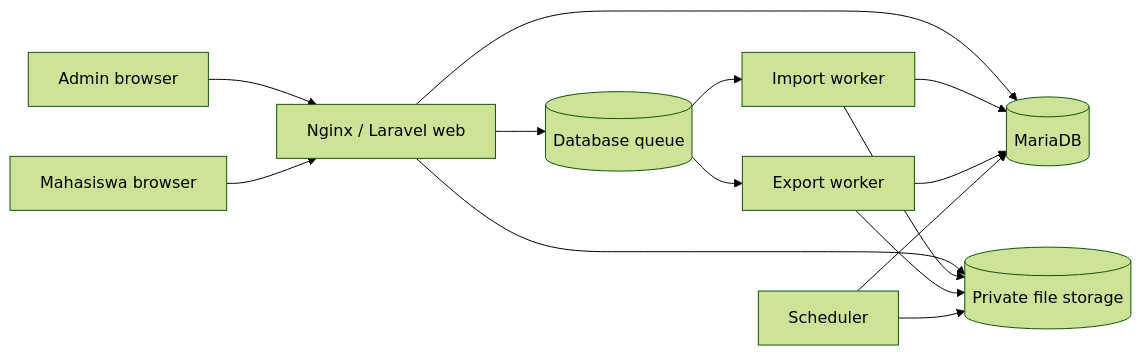
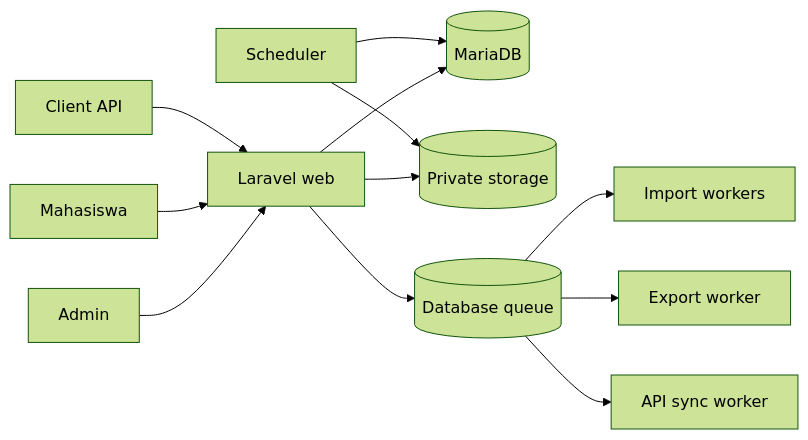
One commit to khairuonwork/sikompen_ae changed the first of 2 diagrams in docs/system-logic.md. Above: the diagram before and after it, drawn with Mermaid (forest theme). The commit also changed other lines of this file and 15 other files, not shown here.

````diff
--- a/docs/system-logic.md
+++ b/docs/system-logic.md
@@ -7,16 +7,14 @@
 ```mermaid
 flowchart LR
-    A[Admin browser] --> W[Nginx / Laravel web]
-    M[Mahasiswa browser] --> W
+    A[Admin] --> W[Laravel web]
+    M[Mahasiswa] --> W
+    X[Client API] --> W
     W --> DB[(MariaDB)]
-    W --> S[(Private file storage)]
+    W --> S[(Private storage)]
     W --> Q[(Database queue)]
-    Q --> I[Import worker]
+    Q --> I[Import workers]
     Q --> E[Export worker]
-    I --> S
-    I --> DB
-    E --> DB
-    E --> S
+    Q --> Y[API sync worker]
     C[Scheduler] --> DB
     C --> S
 ```
````
